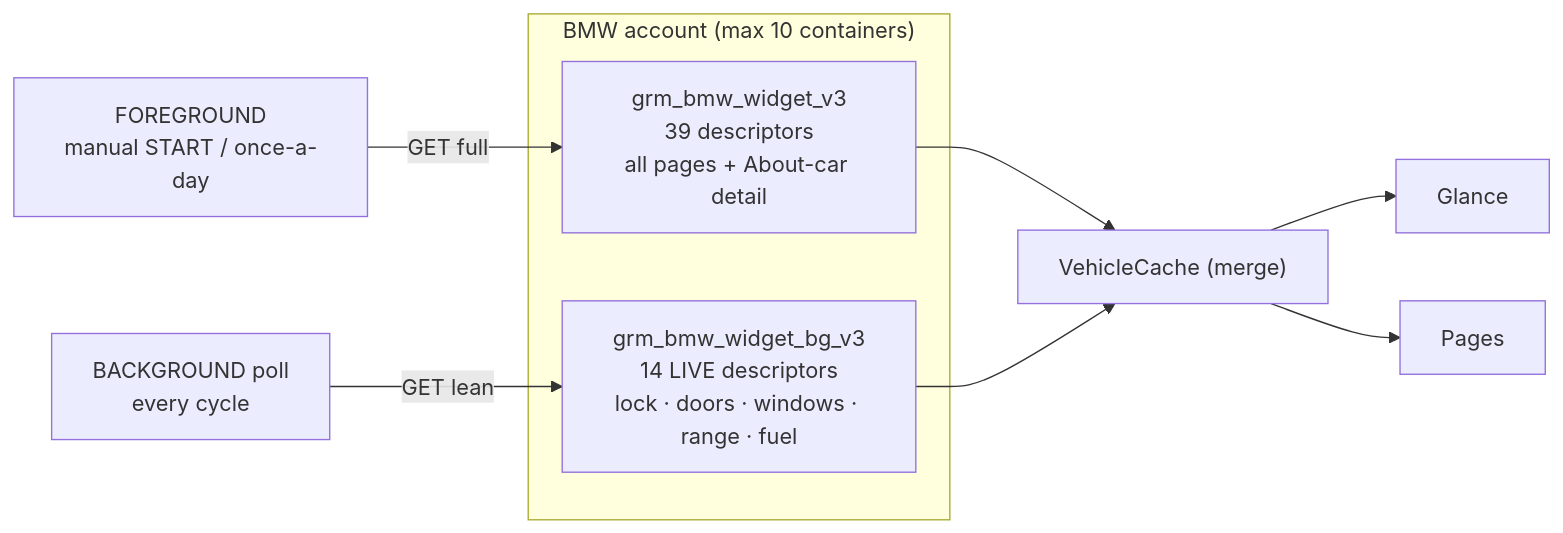
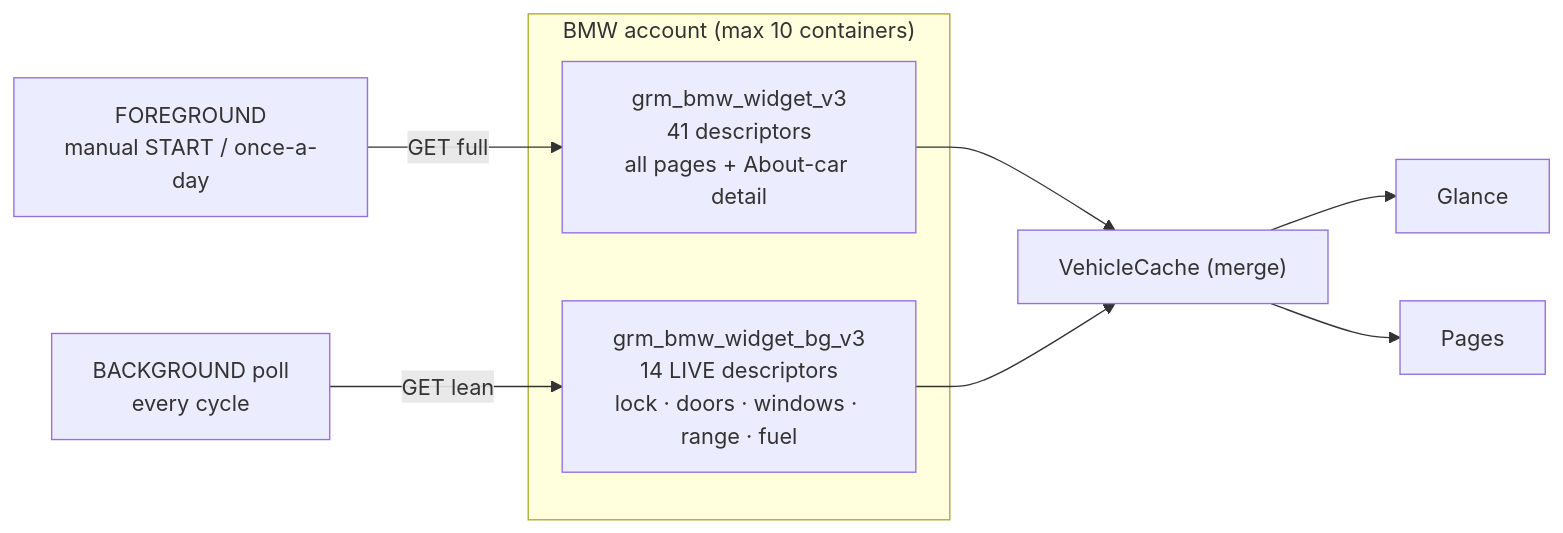
One commit to viper-sl/grm_bmw_widget changed the diagram in docs/diagrams/02-two-container.mmd. Above: the diagram before and after it, drawn with Mermaid. The commit also changed 8 other files, not shown here.

First line of the commit message:
docs: reflect current architecture (two-container, fetch cadence, error handling)

```diff
--- a/docs/diagrams/02-two-container.mmd
+++ b/docs/diagrams/02-two-container.mmd
@@ -1,13 +1,13 @@
 graph LR
     subgraph BMW["BMW account (max 10 containers)"]
-        FULL["grm_bmw_widget_v3<br/>39 descriptors<br/>all pages + About-car detail"]
+        FULL["grm_bmw_widget_v3<br/>41 descriptors<br/>all pages + About-car detail"]
         LEAN["grm_bmw_widget_bg_v3<br/>14 LIVE descriptors<br/>lock · doors · windows · range · fuel"]
     end
 
     FG2["FOREGROUND<br/>manual START / once-a-day"] -->|"GET full"| FULL
     BGP["BACKGROUND poll<br/>every cycle"] -->|"GET lean"| LEAN
 
     FULL --> CACHE["VehicleCache (merge)"]
     LEAN --> CACHE
     CACHE --> GLANCEv["Glance"]
     CACHE --> PAGESv["Pages"]
```
